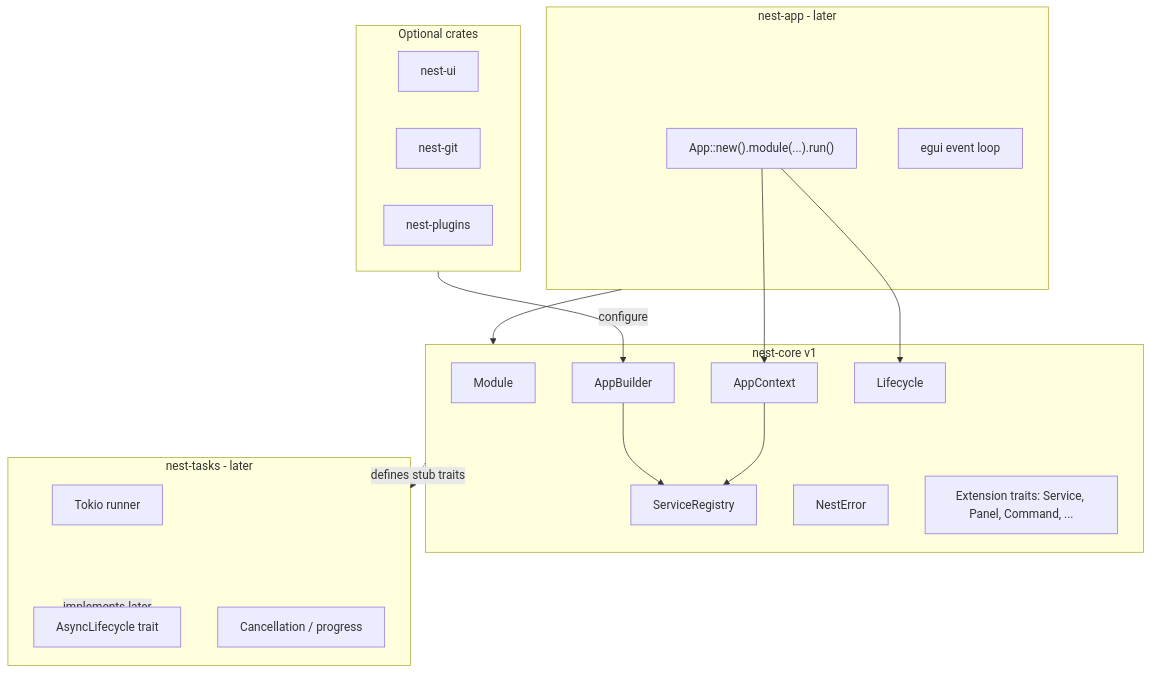
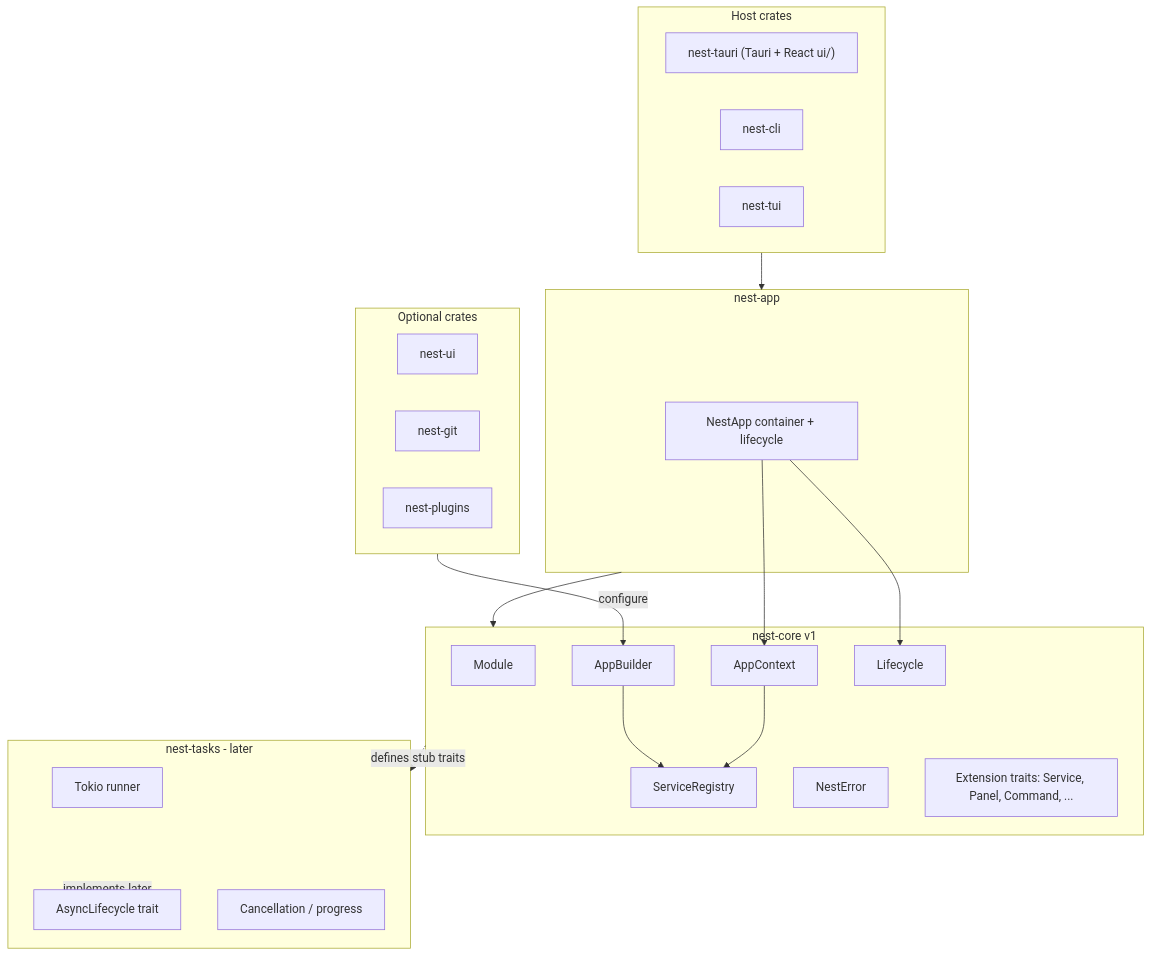
The first of 2 diagrams in docs/plan/nest-core-v1.md (pacificnm/nest), drawn with Mermaid before and after one commit. The commit also changed other lines of this file and 131 other files, not shown here.

First line of the commit message:
Add Tauri desktop platform, nest-data-postgres, and Swift product docs.

````diff
--- a/docs/plan/nest-core-v1.md
+++ b/docs/plan/nest-core-v1.md
@@ -16,38 +18,44 @@
 ```mermaid
 flowchart TB
     subgraph core [nest-core v1]
         Module
         AppBuilder
         AppContext
         ServiceRegistry
         Lifecycle
         NestError
         ExtensionTraits["Extension traits: Service, Panel, Command, ..."]
     end
 
-    subgraph app [nest-app - later]
-        AppRun["App::new().module(...).run()"]
-        EguiLoop[egui event loop]
+    subgraph app [nest-app]
+        AppRun["NestApp container + lifecycle"]
+    end
+
+    subgraph hosts [Host crates]
+        NestTauri["nest-tauri (Tauri + React ui/)"]
+        NestCli[nest-cli]
+        NestTui[nest-tui]
     end
 
     subgraph tasks [nest-tasks - later]
         TokioRunner[Tokio runner]
         AsyncLifecycle[AsyncLifecycle trait]
         Cancellation[Cancellation / progress]
     end
 
     subgraph modules [Optional crates]
         UiModule[nest-ui]
         GitModule[nest-git]
         PluginModule[nest-plugins]
     end
 
     modules -->|configure| AppBuilder
     AppBuilder --> ServiceRegistry
     AppRun --> AppContext
     AppContext --> ServiceRegistry
     AppRun --> Lifecycle
     tasks -.->|implements later| AsyncLifecycle
     core -.->|defines stub traits| tasks
     app --> core
+    hosts --> app
 ```
````
